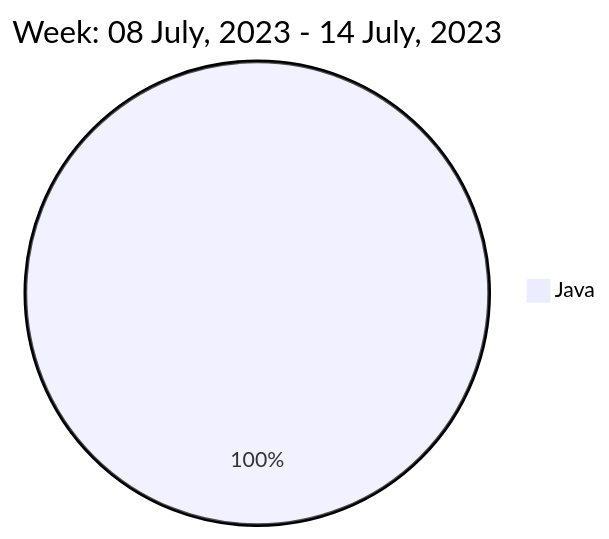
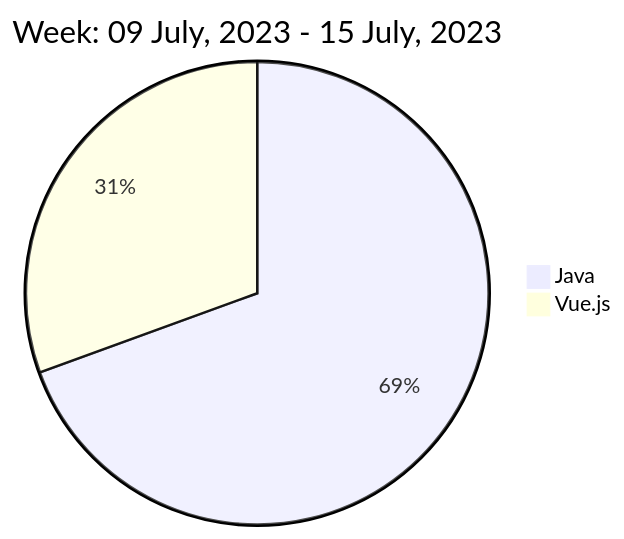
Before and after one commit to liubin95/liubin95: the diagram in README.md, drawn with Mermaid.

Commit message:
Updated the Graph with new Metrics

````diff
--- a/README.md
+++ b/README.md
@@ -40,5 +40,6 @@
 ```mermaid
  pie
-title Week: 08 July, 2023 - 14 July, 2023
- "Java" : 7.2
+title Week: 09 July, 2023 - 15 July, 2023
+ "Java" : 3.75
+ "Vue.js" : 1.65
 ```
````
